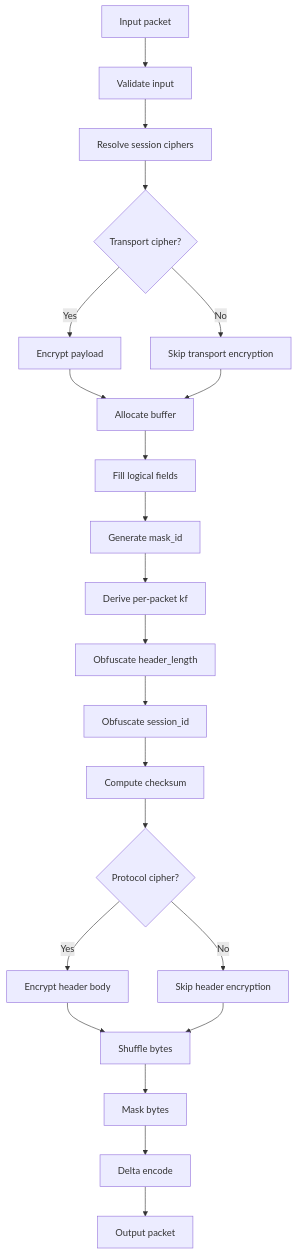
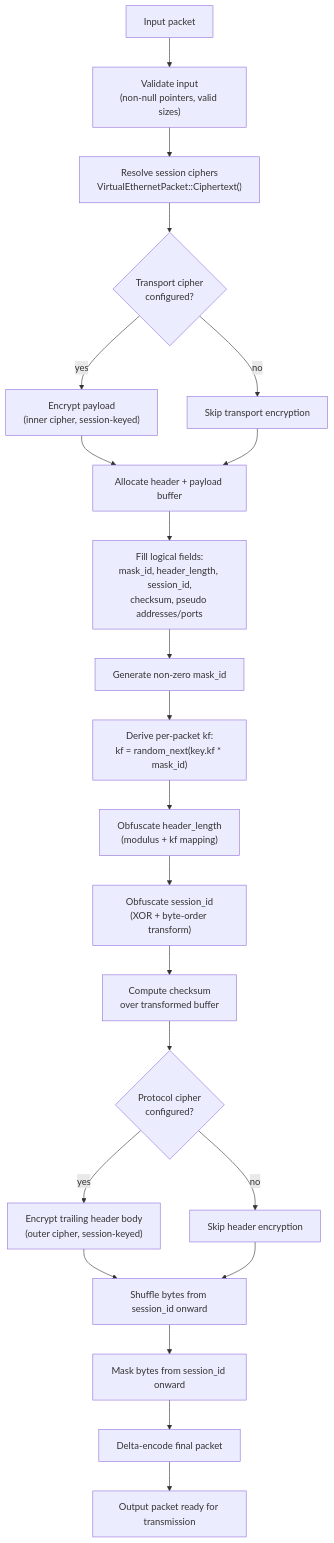
Before and after one commit to HyacinthHaru/openppp2: the sixth of 8 diagrams in docs/PACKET_FORMATS.md, drawn with Mermaid. The commit also changed other lines of this file and 93 other files, not shown here.

````diff
--- a/docs/PACKET_FORMATS.md
+++ b/docs/PACKET_FORMATS.md
@@ -195,24 +283,24 @@
 ```mermaid
 flowchart TD
-    A[Input packet] --> B[Validate input]
-    B --> C[Resolve session ciphers]
-    C --> D{Transport cipher?}
-    D -->|Yes| E[Encrypt payload]
-    D -->|No| F[Skip transport encryption]
-    E --> G
+    A["Input packet"] --> B["Validate input\n(non-null pointers, valid sizes)"]
+    B --> C["Resolve session ciphers\nVirtualEthernetPacket::Ciphertext()"]
+    C --> D{"Transport cipher\nconfigured?"}
+    D -->|"yes"| E["Encrypt payload\n(inner cipher, session-keyed)"]
+    D -->|"no"| F["Skip transport encryption"]
+    E --> G["Allocate header + payload buffer"]
     F --> G
-    G[Allocate buffer] --> H[Fill logical fields]
-    H --> I[Generate mask_id]
-    I --> J[Derive per-packet kf]
-    J --> K[Obfuscate header_length]
-    K --> L[Obfuscate session_id]
-    L --> M[Compute checksum]
-    M --> N{Protocol cipher?}
-    N -->|Yes| O[Encrypt header body]
-    N -->|No| P[Skip header encryption]
-    O --> Q
+    G --> H["Fill logical fields:\nmask_id, header_length, session_id,\nchecksum, pseudo addresses/ports"]
+    H --> I["Generate non-zero mask_id"]
+    I --> J["Derive per-packet kf:\nkf = random_next(key.kf * mask_id)"]
+    J --> K["Obfuscate header_length\n(modulus + kf mapping)"]
+    K --> L["Obfuscate session_id\n(XOR + byte-order transform)"]
+    L --> M["Compute checksum\nover transformed buffer"]
+    M --> N{"Protocol cipher\nconfigured?"}
+    N -->|"yes"| O["Encrypt trailing header body\n(outer cipher, session-keyed)"]
+    N -->|"no"| P["Skip header encryption"]
+    O --> Q["Shuffle bytes from session_id onward"]
     P --> Q
-    Q[Shuffle bytes] --> R[Mask bytes]
-    R --> S[Delta encode]
-    S --> T[Output packet]
+    Q --> R["Mask bytes from session_id onward"]
+    R --> S["Delta-encode final packet"]
+    S --> T["Output packet ready for transmission"]
 ```
````
